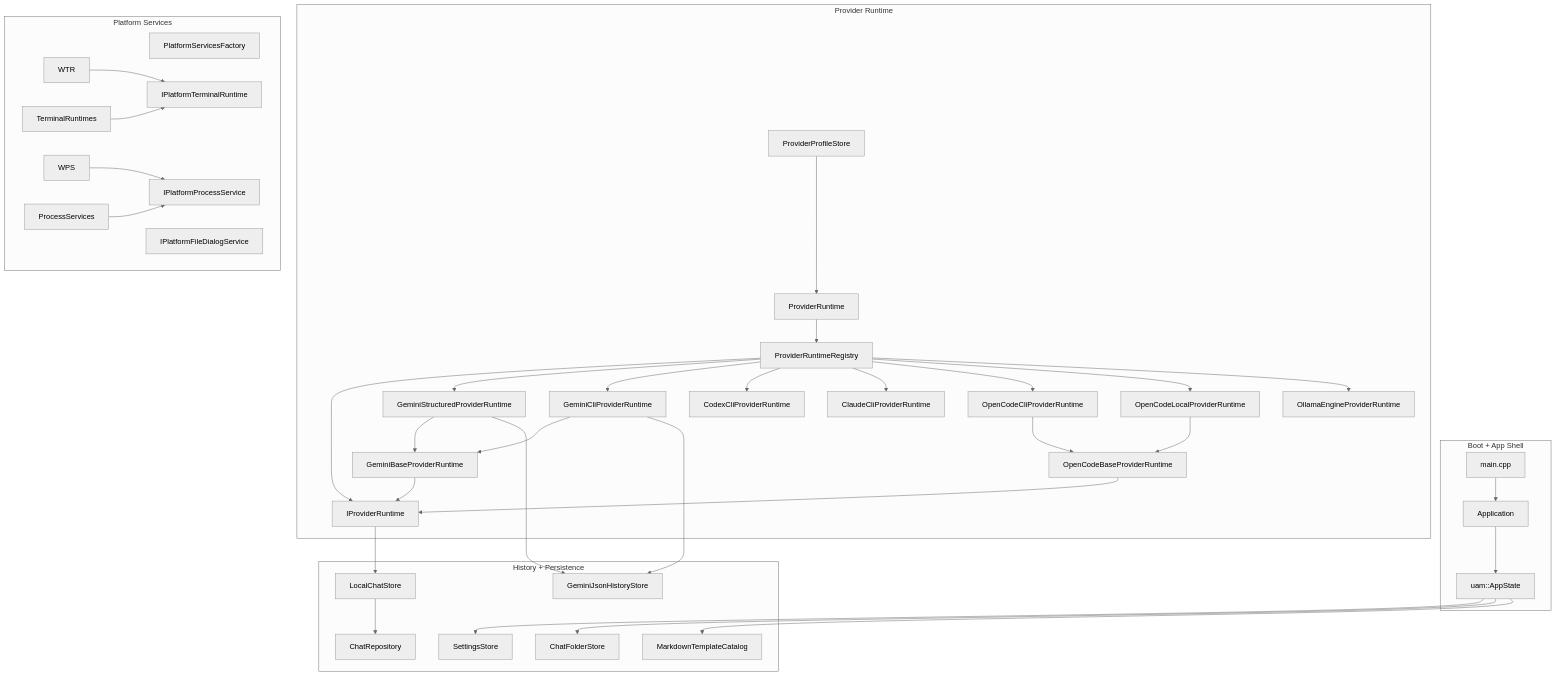
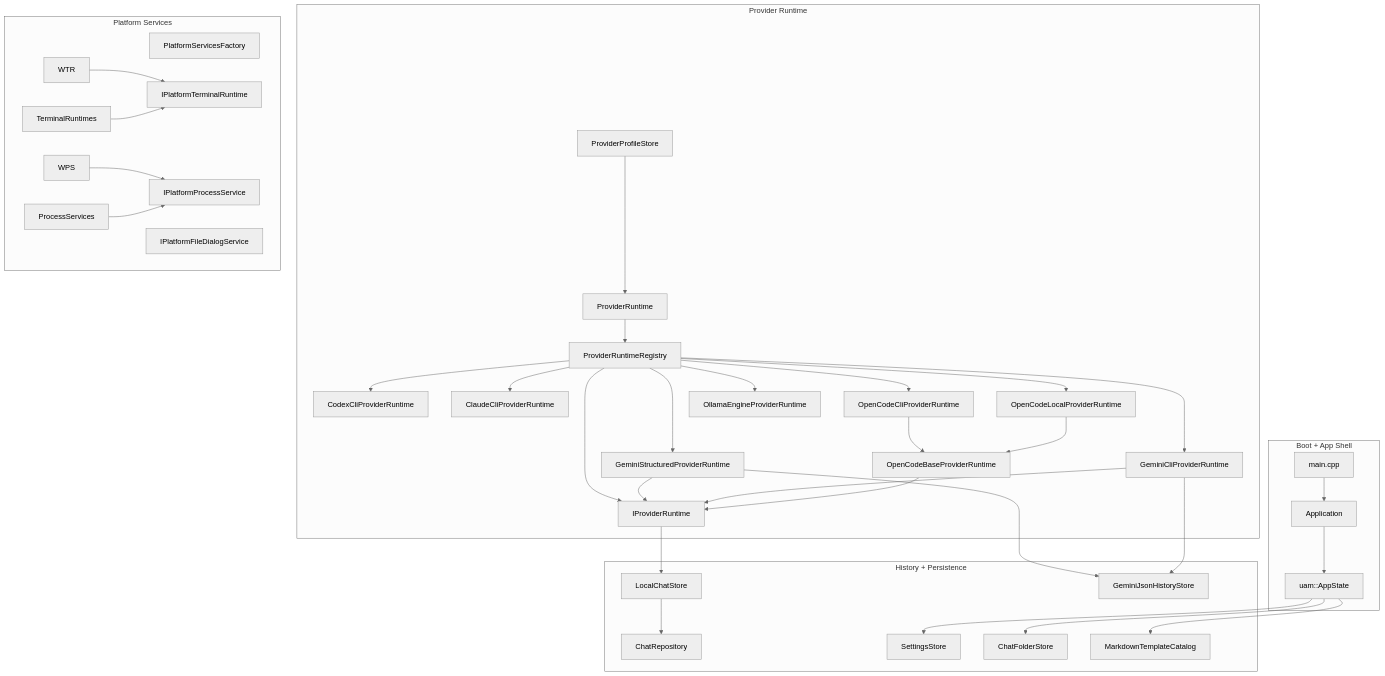
The diagram in README.md (davidtaylor6130/Universal-Agent-Manager), drawn with Mermaid (neutral theme) before and after one commit. The commit also changed 1 other file, not shown here.

Commit message:
Improve Windows CLI process and command capture
Fix resource leaks and harden command execution on Windows: close terminal handles and pseudo-console on termination, normalize STILL_ACTIVE exit codes, and implement a robust ExecuteCommand used by CaptureCommandOutput that handles pipes, encoding, timeouts, cancellation, and output collection. Also clean up some function signature formatting and service initializer formatting. README: remove the GeminiBaseProviderRuntime node and update the flowchart links so GSTRUCT & GCLI point directly to IPR.

````diff
--- a/README.md
+++ b/README.md
@@ -129,53 +129,51 @@
 ```mermaid
 flowchart TB
   subgraph APP["Boot + App Shell"]
     MAIN["main.cpp"]
     APPLICATION["Application"]
     STATE["uam::AppState"]
     MAIN --> APPLICATION --> STATE
   end
 
   subgraph PROVIDERS["Provider Runtime"]
     PROFILES["ProviderProfileStore"]
     RUNTIME["ProviderRuntime"]
     REGISTRY["ProviderRuntimeRegistry"]
     IPR["IProviderRuntime"]
-    GBASE["GeminiBaseProviderRuntime"]
     GSTRUCT["GeminiStructuredProviderRuntime"]
     GCLI["GeminiCliProviderRuntime"]
     CODEX["CodexCliProviderRuntime"]
     CLAUDE["ClaudeCliProviderRuntime"]
     OC_BASE["OpenCodeBaseProviderRuntime"]
     OPENCODE["OpenCodeCliProviderRuntime"]
     OPLocal["OpenCodeLocalProviderRuntime"]
     OLLAMA_RT["OllamaEngineProviderRuntime"]
     PROFILES --> RUNTIME --> REGISTRY --> IPR
     REGISTRY --> GSTRUCT & GCLI & CODEX & CLAUDE & OPENCODE & OPLocal & OLLAMA_RT
-    GBASE --> IPR
-    GSTRUCT & GCLI --> GBASE
+    GSTRUCT & GCLI --> IPR
     OC_BASE --> IPR
     OPENCODE & OPLocal --> OC_BASE
   end
 
   subgraph HISTORY["History + Persistence"]
     LOCAL["LocalChatStore"]
     CHAT_REPO["ChatRepository"]
     GEM_HISTORY["GeminiJsonHistoryStore"]
     SETTINGS["SettingsStore"]
     FOLDERS["ChatFolderStore"]
     TEMPLATES["MarkdownTemplateCatalog"]
     IPR --> LOCAL
     GSTRUCT & GCLI --> GEM_HISTORY
     LOCAL --> CHAT_REPO
     STATE --> SETTINGS & FOLDERS & TEMPLATES
   end
 
   subgraph PLATFORM["Platform Services"]
     FACTORY["PlatformServicesFactory"]
     ITERM["IPlatformTerminalRuntime"]
     IPROC["IPlatformProcessService"]
     IFD["IPlatformFileDialogService"]
     WTR & MTR["TerminalRuntimes"] --> ITERM
     WPS & MPS["ProcessServices"] --> IPROC
   end
 ```
````
